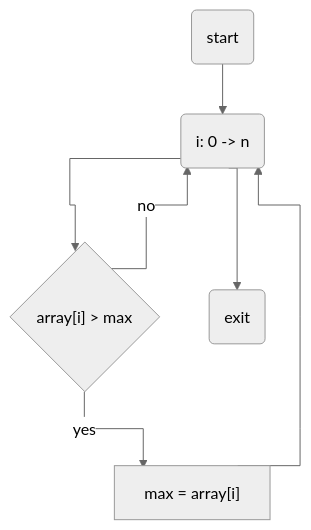
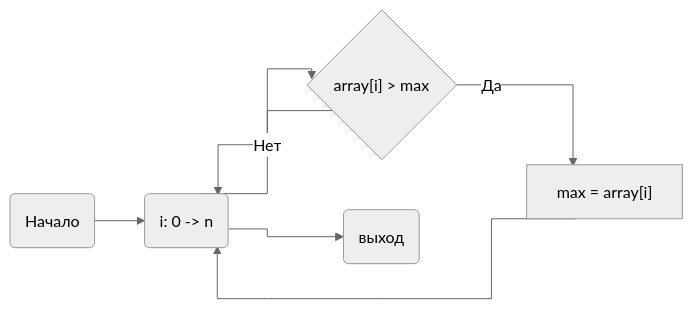
Before and after one commit to ne-bknn/parallel_labs: the diagram in 01_lab/report.md, drawn with Mermaid (neutral theme). The commit also changed other lines of this file and 7 other files, not shown here.

````diff
--- a/01_lab/report.md
+++ b/01_lab/report.md
@@ -43,12 +44,11 @@
 ```mermaid
-    %%{ init : {"flowchart" : { "curve" : "stepAfter" }}}%%
-    %%| fig-width: 7
-    graph TD
-        A(start) --> B(i: 0 -> n)
+    graph LR
+        %%{ init : {"flowchart" : { "curve" : "stepAfter" }}}%%
+        A(Начало) --> B(i: 0 -> n)
         
         B --> C{"array[i] > max"}
-        B --> E(exit)
-        C -->|yes| D["max = array[i]"]
+        B --> E(выход)
+        C -->|Да| D["max = array[i]"]
         D --> B
-        C -->|no| B
+        C -->|Нет| B
 ```
````
